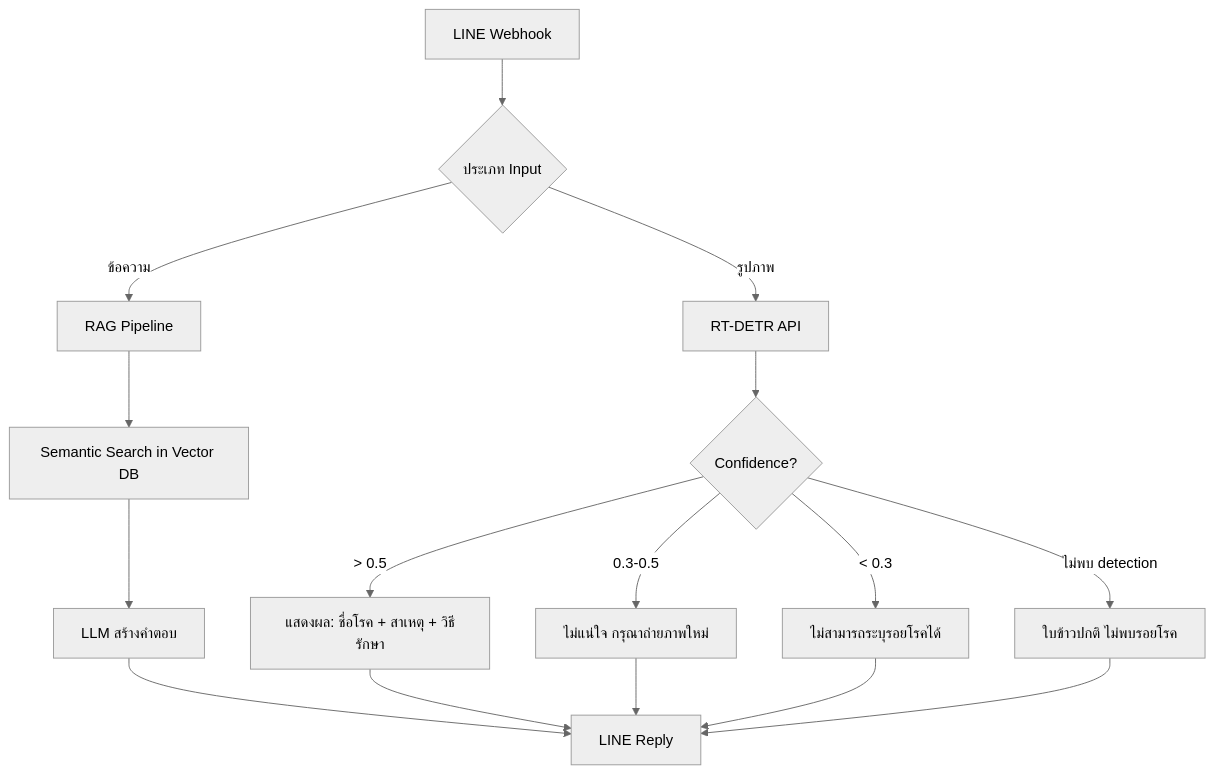
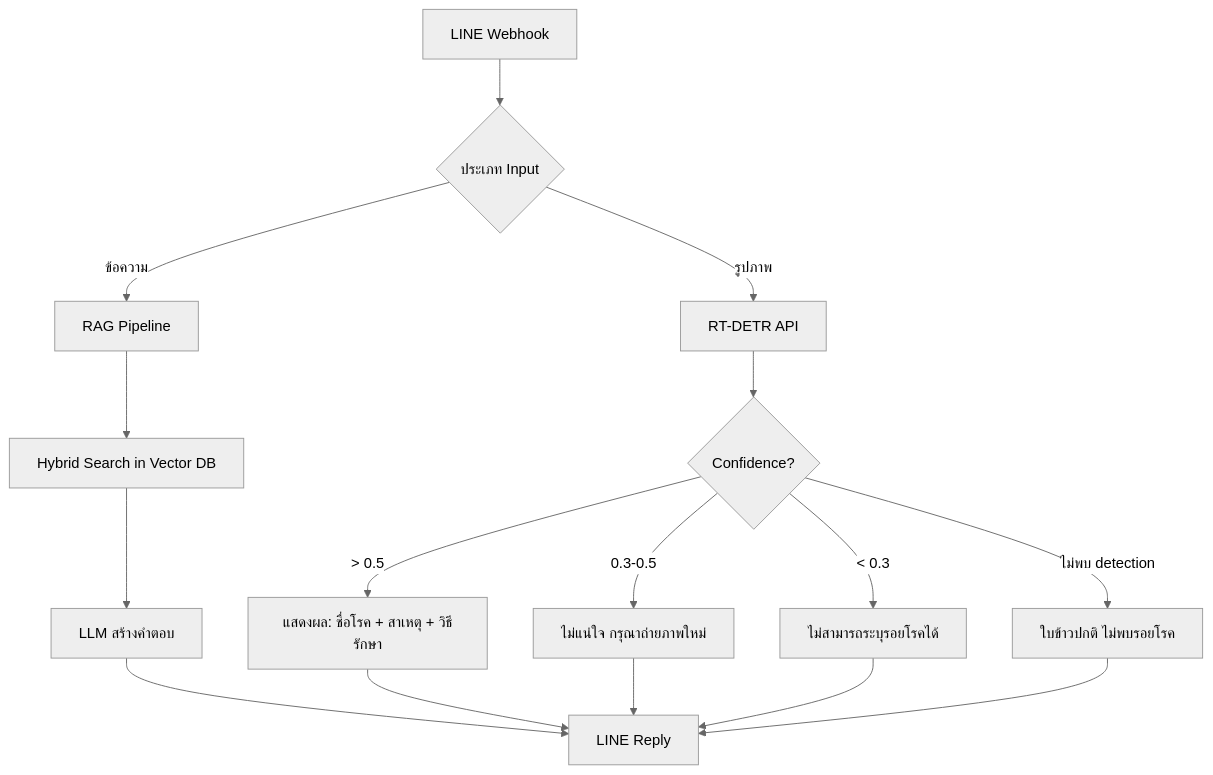
Before and after one commit to atsawinkz/atsawin-songleksing: the second of 2 diagrams in Project_Knowledge.md, drawn with Mermaid (neutral theme). The commit also changed other lines of this file and 7 other files, not shown here.

````diff
--- a/Project_Knowledge.md
+++ b/Project_Knowledge.md
@@ -372,18 +376,18 @@
 ```mermaid
 graph TD
     A[LINE Webhook] --> B{ประเภท Input}
     B -->|รูปภาพ| C[RT-DETR API]
     B -->|ข้อความ| D[RAG Pipeline]
     C --> E{Confidence?}
     E -->|> 0.5| F["แสดงผล: ชื่อโรค + สาเหตุ + วิธีรักษา"]
     E -->|0.3-0.5| G["ไม่แน่ใจ กรุณาถ่ายภาพใหม่"]
     E -->|< 0.3| H["ไม่สามารถระบุรอยโรคได้"]
     E -->|ไม่พบ detection| I["ใบข้าวปกติ ไม่พบรอยโรค"]
-    D --> J[Semantic Search in Vector DB]
+    D --> J[Hybrid Search in Vector DB]
     J --> K[LLM สร้างคำตอบ]
     K --> L[LINE Reply]
     F --> L
     G --> L
     H --> L
     I --> L
 ```
````
